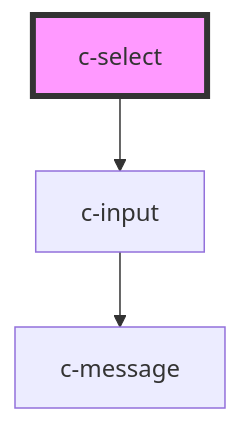
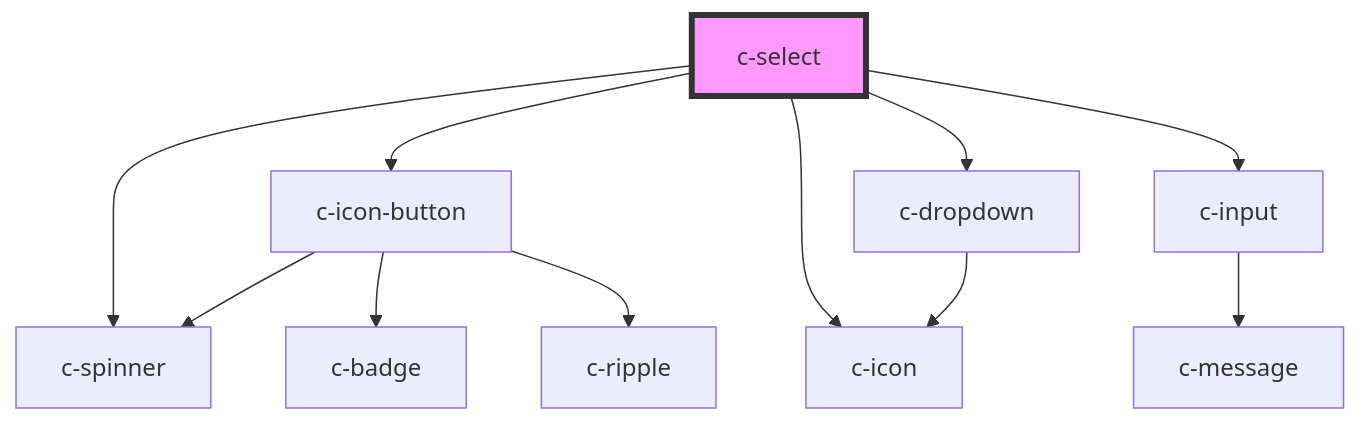
The diagram in packages/csc-ui/src/components/c-select/readme.md (CSCfi/ui), drawn with Mermaid before and after one commit. The commit also changed other lines of this file and 23 other files, not shown here.

````diff
--- a/packages/csc-ui/src/components/c-select/readme.md
+++ b/packages/csc-ui/src/components/c-select/readme.md
@@ -101,6 +86,14 @@
 ```mermaid
 graph TD;
+  c-select --> c-spinner
+  c-select --> c-icon-button
+  c-select --> c-icon
+  c-select --> c-dropdown
   c-select --> c-input
+  c-icon-button --> c-badge
+  c-icon-button --> c-spinner
+  c-icon-button --> c-ripple
+  c-dropdown --> c-icon
   c-input --> c-message
   style c-select fill:#f9f,stroke:#333,stroke-width:4px
 ```
````
